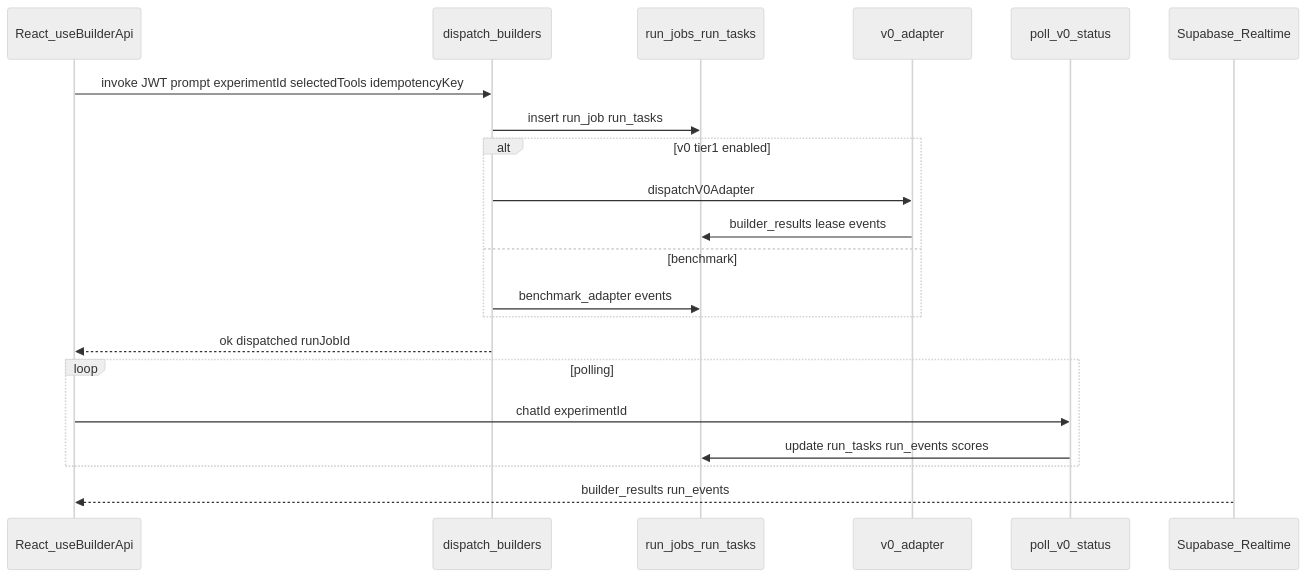
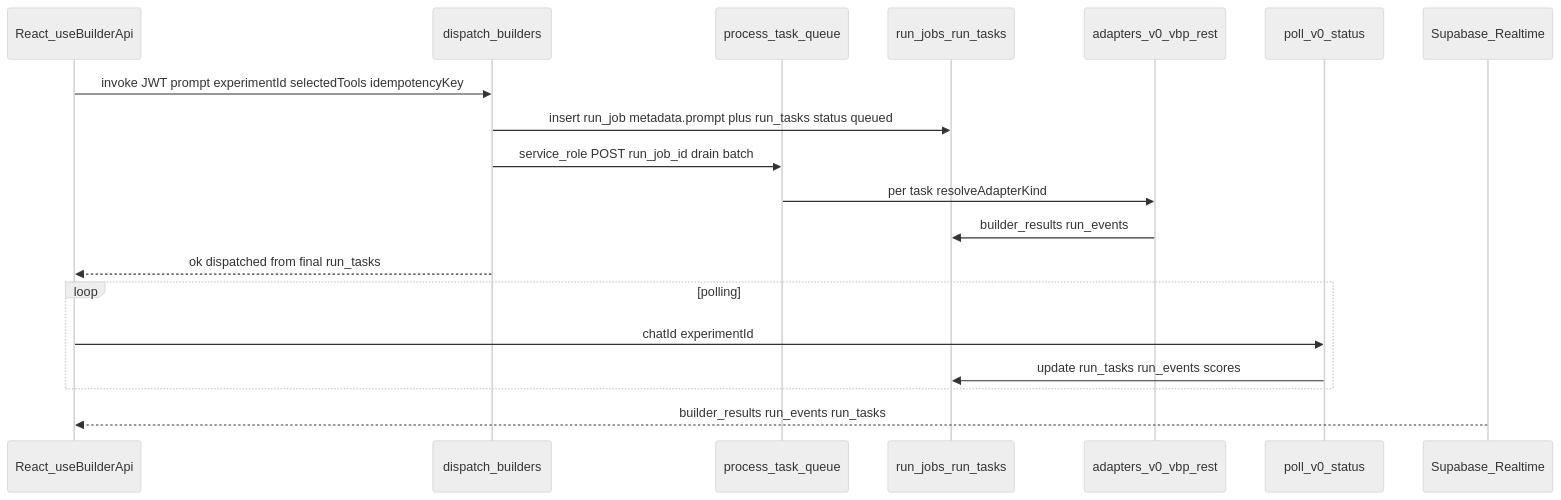
The diagram in docs/ORCHESTRATOR.md (Hei33enberg/pr0ducent), drawn with Mermaid (neutral theme) before and after one commit. The commit also changed other lines of this file and 37 other files, not shown here.

First line of the commit message:
feat(orchestration): VBP spec, queue worker, adapters, crawl + UI hooks

````diff
--- a/docs/ORCHESTRATOR.md
+++ b/docs/ORCHESTRATOR.md
@@ -5,24 +5,22 @@
 ```mermaid
 sequenceDiagram
   participant UI as React_useBuilderApi
   participant DB as dispatch_builders
+  participant Q as process_task_queue
   participant Job as run_jobs_run_tasks
-  participant V0 as v0_adapter
+  participant Ad as adapters_v0_vbp_rest
   participant Poll as poll_v0_status
   participant RT as Supabase_Realtime
 
   UI->>DB: invoke JWT prompt experimentId selectedTools idempotencyKey
-  DB->>Job: insert run_job run_tasks
-  alt v0 tier1 enabled
-    DB->>V0: dispatchV0Adapter
-    V0->>Job: builder_results lease events
-  else benchmark
-    DB->>Job: benchmark_adapter events
-  end
-  DB-->>UI: ok dispatched runJobId
+  DB->>Job: insert run_job metadata.prompt plus run_tasks status queued
+  DB->>Q: service_role POST run_job_id drain batch
+  Q->>Ad: per task resolveAdapterKind
+  Ad->>Job: builder_results run_events
+  DB-->>UI: ok dispatched from final run_tasks
   loop polling
     UI->>Poll: chatId experimentId
     Poll->>Job: update run_tasks run_events scores
   end
-  RT-->>UI: builder_results run_events
+  RT-->>UI: builder_results run_events run_tasks
 ```
````
